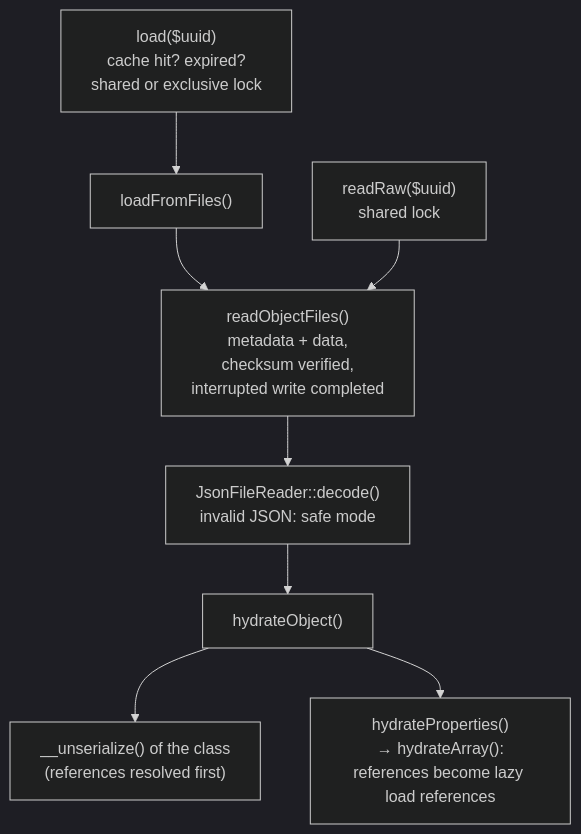
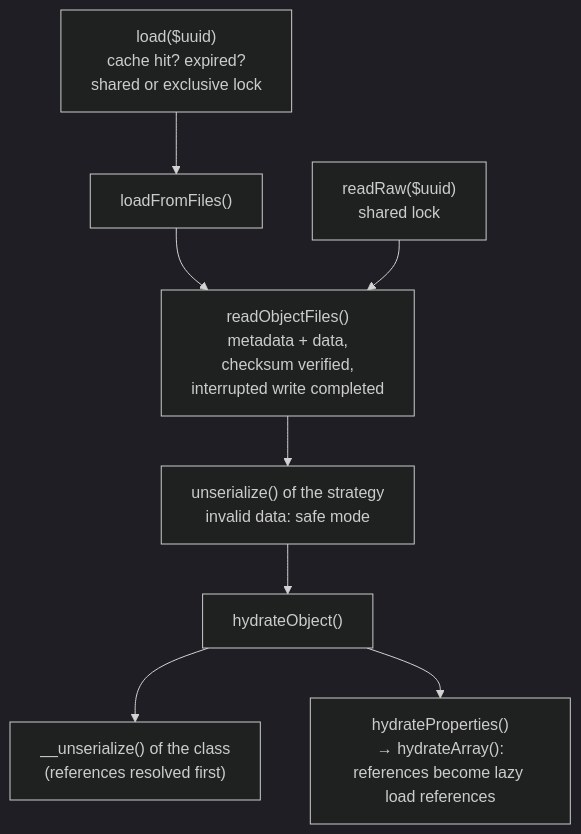
The first of 2 diagrams in docs/internals.md (marvinGitHub/object-storage), drawn with Mermaid (dark theme) before and after one commit. The commit also changed other lines of this file and 53 other files, not shown here.

````diff
--- a/docs/internals.md
+++ b/docs/internals.md
@@ -32,10 +32,10 @@
 ```mermaid
 flowchart TD
     load["load($uuid)<br/>cache hit? expired?<br/>shared or exclusive lock"] --> fromFiles["loadFromFiles()"]
     fromFiles --> readFiles["readObjectFiles()<br/>metadata + data,<br/>checksum verified,<br/>interrupted write completed"]
     readRaw["readRaw($uuid)<br/>shared lock"] --> readFiles
-    readFiles --> decode["JsonFileReader::decode()<br/>invalid JSON: safe mode"]
+    readFiles --> decode["unserialize() of the strategy<br/>invalid data: safe mode"]
     decode --> hydrate["hydrateObject()"]
     hydrate --> unserialize["__unserialize() of the class<br/>(references resolved first)"]
     hydrate --> properties["hydrateProperties()<br/>→ hydrateArray():<br/>references become lazy load references"]
 ```
````
